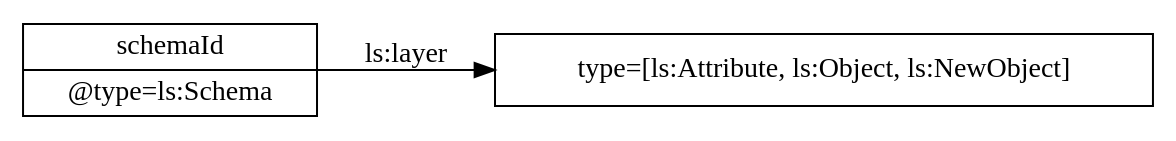
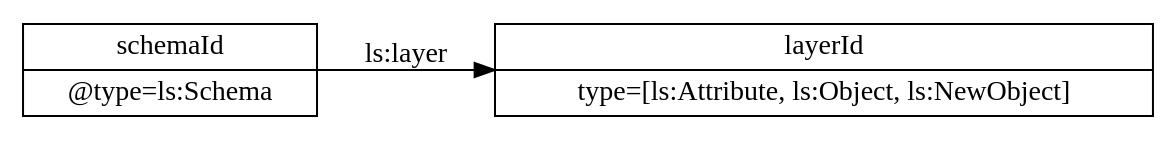
One commit to cloudprivacylabs/lsa-spec changed the diagram in imgs/minimal-layered-schema.dot. Above: the diagram before and after it, drawn with Graphviz. The commit also changed 4 other files, not shown here.

```diff
--- a/imgs/minimal-layered-schema.dot
+++ b/imgs/minimal-layered-schema.dot
@@ -1,8 +1,8 @@
 digraph g {
   rankdir = "LR";
 
   schemaRoot [ shape = "record", label="schemaId | @type=ls:Schema"];
-  layerRoot [ shape = "record", label="type=[ls:Attribute, ls:Object, ls:NewObject]"];
+  layerRoot [ shape = "record", label="layerId | type=[ls:Attribute, ls:Object, ls:NewObject]"];
 
   schemaRoot -> layerRoot [ label="ls:layer" ];
 }
```
